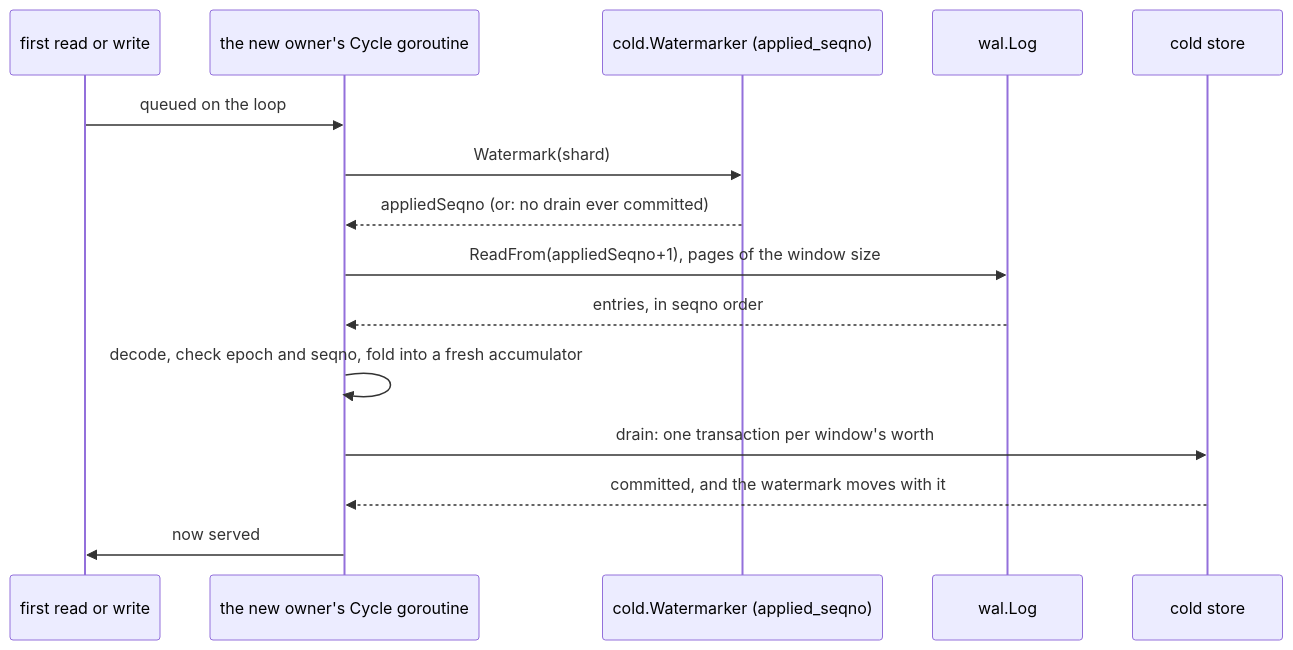
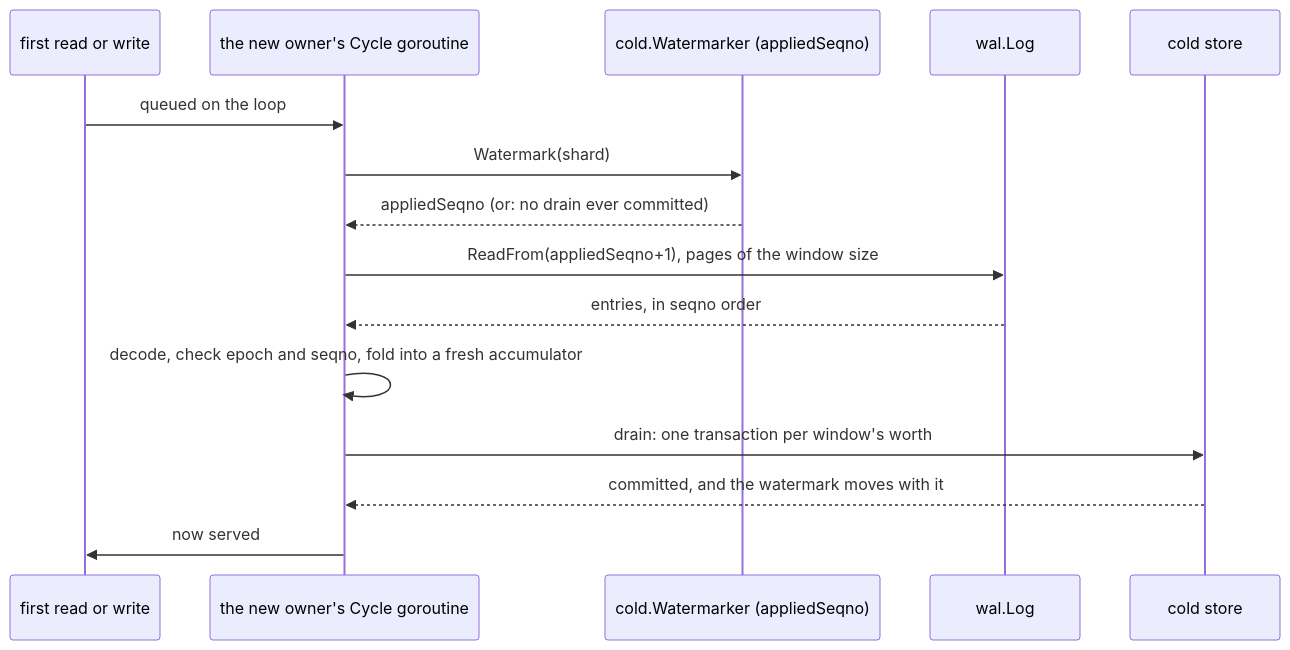
Before and after one commit to aromanovich/waltz: the fourth of 5 diagrams in docs/handbook/06-shard-lifecycle.md, drawn with Mermaid. The commit also changed other lines of this file and 4 other files, not shown here.

````diff
--- a/docs/handbook/06-shard-lifecycle.md
+++ b/docs/handbook/06-shard-lifecycle.md
@@ -273,17 +273,17 @@
 ```mermaid
 sequenceDiagram
     participant REQ as first read or write
     participant CY as the new owner's Cycle goroutine
-    participant WM as cold.Watermarker (applied_seqno)
+    participant WM as cold.Watermarker (appliedSeqno)
     participant LOG as wal.Log
     participant CS as cold store
     REQ->>CY: queued on the loop
     CY->>WM: Watermark(shard)
     WM-->>CY: appliedSeqno (or: no drain ever committed)
     CY->>LOG: ReadFrom(appliedSeqno+1), pages of the window size
     LOG-->>CY: entries, in seqno order
     CY->>CY: decode, check epoch and seqno, fold into a fresh accumulator
     CY->>CS: drain: one transaction per window's worth
     CS-->>CY: committed, and the watermark moves with it
     CY->>REQ: now served
 ```
````
